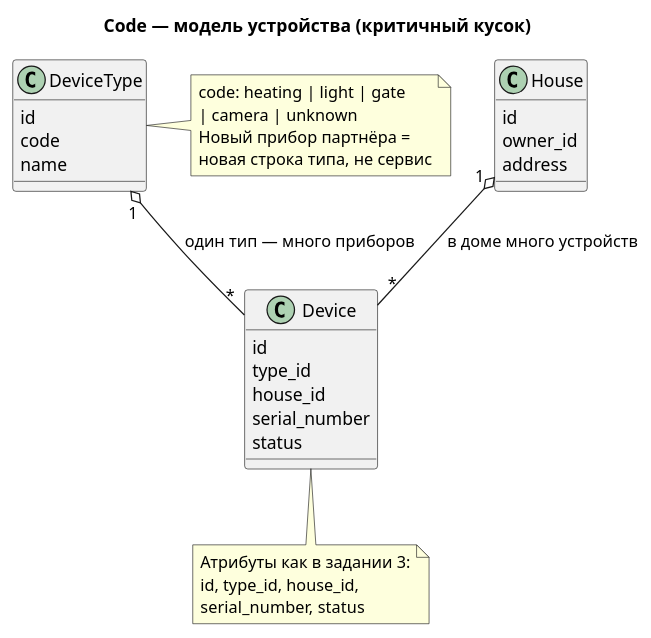
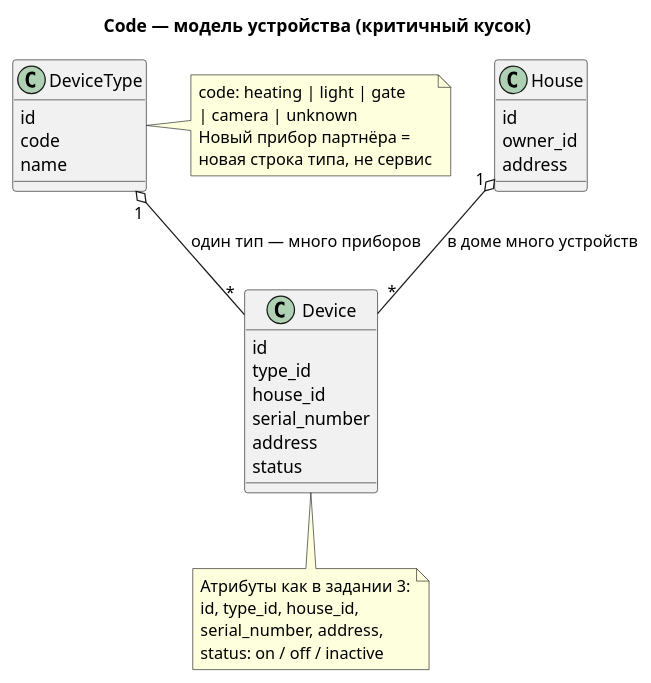
The diagram in docs/c4/02-code-device-class.puml (Dima-Karpov/architecture-pro-warmhouse), drawn with PlantUML before and after one commit. The commit also changed 20 other files, not shown here.

```diff
--- a/docs/c4/02-code-device-class.puml
+++ b/docs/c4/02-code-device-class.puml
@@ -1,40 +1,42 @@
 @startuml
 title Code — модель устройства (критичный кусок)
 
 class House {
   id
   owner_id
   address
 }
 
 class DeviceType {
   id
   code
   name
 }
 
 class Device {
   id
   type_id
   house_id
   serial_number
+  address
   status
 }
 
 House "1" o-- "*" Device : в доме много устройств
 DeviceType "1" o-- "*" Device : один тип — много приборов
 
 note right of DeviceType
   code: heating | light | gate
   | camera | unknown
   Новый прибор партнёра =
   новая строка типа, не сервис
 end note
 
 note bottom of Device
   Атрибуты как в задании 3:
   id, type_id, house_id,
-  serial_number, status
+  serial_number, address,
+  status: on / off / inactive
 end note
 
 @enduml
```
